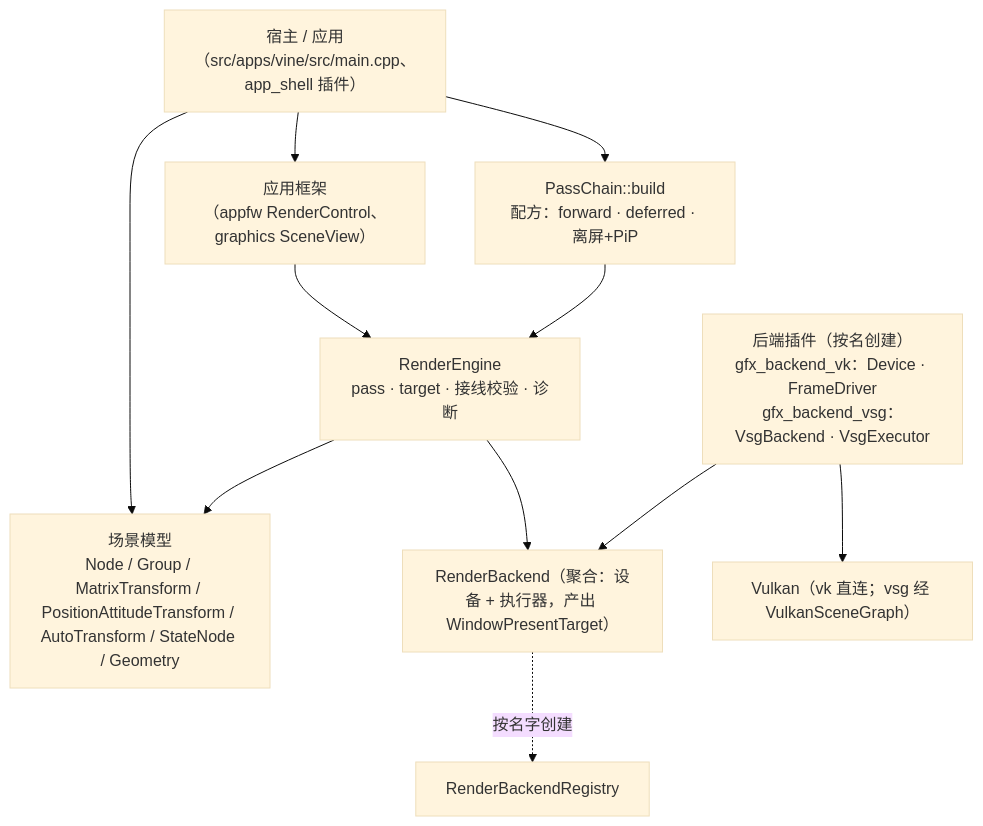
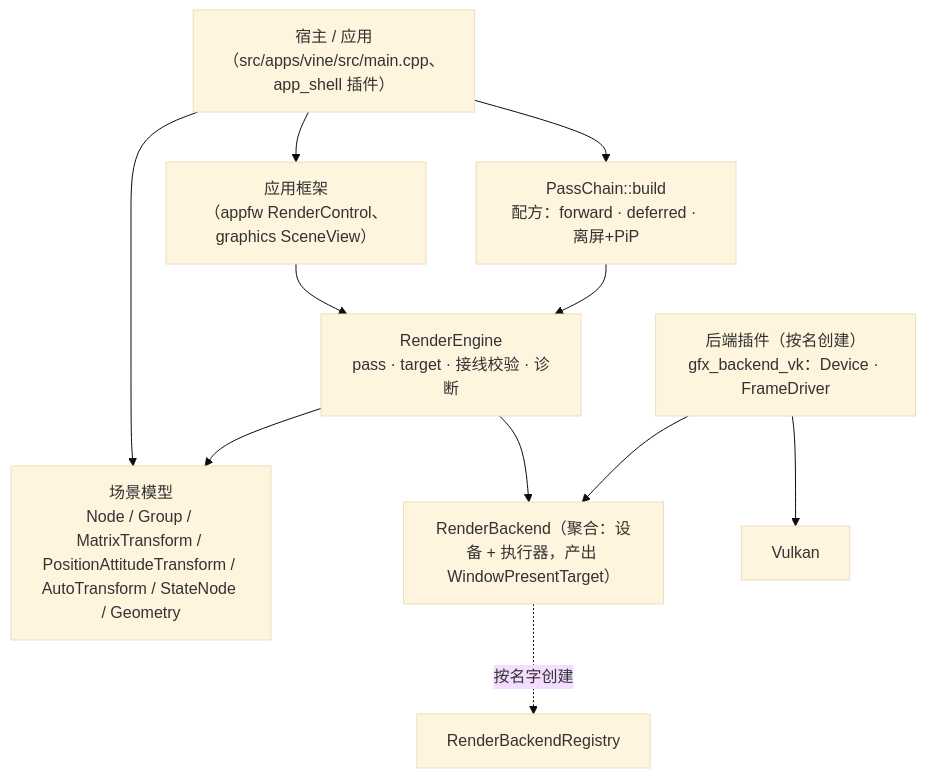
Before and after one commit to lonelyong/Vine: the diagram in docs/guides/graphics.md, drawn with Mermaid (base theme). The commit also changed other lines of this file and 4 other files, not shown here.

````diff
--- a/docs/guides/graphics.md
+++ b/docs/guides/graphics.md
@@ -18,20 +19,20 @@
 ```mermaid
 graph TB
     Host["宿主 / 应用<br/>（src/apps/vine/src/main.cpp、app_shell 插件）"]
     UI["应用框架<br/>（appfw RenderControl、graphics SceneView）"]
     Engine["RenderEngine<br/>pass · target · 接线校验 · 诊断"]
     Scene["场景模型<br/>Node / Group / MatrixTransform / PositionAttitudeTransform / AutoTransform / StateNode / Geometry"]
     Builder["PassChain::build<br/>配方：forward · deferred · 离屏+PiP"]
     BackendIface["RenderBackend（聚合：设备 + 执行器，产出 WindowPresentTarget）"]
-    Plugin["后端插件（按名创建）<br/>gfx_backend_vk：Device · FrameDriver<br/>gfx_backend_vsg：VsgBackend · VsgExecutor"]
-    VSG["Vulkan（vk 直连；vsg 经 VulkanSceneGraph）"]
+    Plugin["后端插件（按名创建）<br/>gfx_backend_vk：Device · FrameDriver"]
+    VKAPI["Vulkan"]
 
     Host --> UI --> Engine
     Host --> Scene
     Host --> Builder --> Engine
     Engine --> Scene
     Engine --> BackendIface
     BackendIface -. 按名字创建 .-> Registry["RenderBackendRegistry"]
     Plugin --> BackendIface
-    Plugin --> VSG
+    Plugin --> VKAPI
 ```
````
